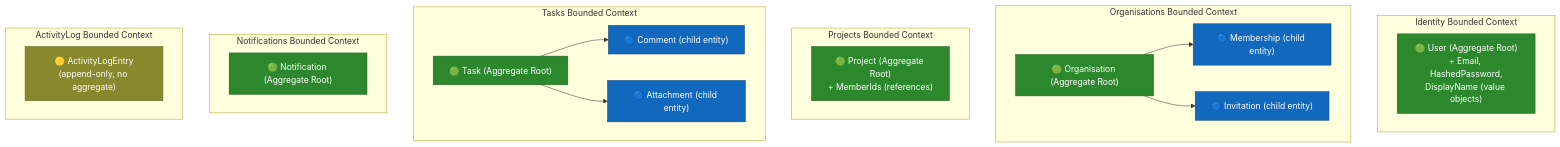
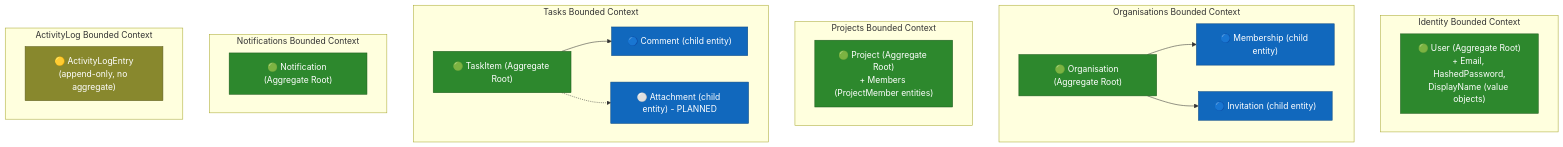
The ninth of 12 diagrams in docs/architecture-diagrams.md (mistuhk/FlowBoard), drawn with Mermaid before and after one commit. The commit also changed other lines of this file and 3 other files, not shown here.

````diff
--- a/docs/architecture-diagrams.md
+++ b/docs/architecture-diagrams.md
@@ -490,45 +494,45 @@
 ```mermaid
 graph TB
     subgraph identity_bc[Identity Bounded Context]
         user_agg["🟢 User (Aggregate Root)<br/>+ Email, HashedPassword,<br/>DisplayName (value objects)"]
     end
 
     subgraph orgs_bc[Organisations Bounded Context]
         org_agg["🟢 Organisation (Aggregate Root)"]
         membership["🔵 Membership (child entity)"]
         invitation["🔵 Invitation (child entity)"]
         org_agg --> membership
         org_agg --> invitation
     end
 
     subgraph projects_bc[Projects Bounded Context]
-        project_agg["🟢 Project (Aggregate Root)<br/>+ MemberIds (references)"]
+        project_agg["🟢 Project (Aggregate Root)<br/>+ Members (ProjectMember entities)"]
     end
 
     subgraph tasks_bc[Tasks Bounded Context]
-        task_agg["🟢 Task (Aggregate Root)"]
+        task_agg["🟢 TaskItem (Aggregate Root)"]
         comment["🔵 Comment (child entity)"]
-        attachment["🔵 Attachment (child entity)"]
+        attachment["⚪ Attachment (child entity) - PLANNED"]
         task_agg --> comment
-        task_agg --> attachment
+        task_agg -.-> attachment
     end
 
     subgraph notif_bc[Notifications Bounded Context]
         notif_agg["🟢 Notification (Aggregate Root)"]
     end
 
     subgraph activity_bc[ActivityLog Bounded Context]
         activity_entry["🟡 ActivityLogEntry<br/>(append-only, no aggregate)"]
     end
 
     style user_agg fill:#2d882d,stroke:#1d5c1d,color:#fff
     style org_agg fill:#2d882d,stroke:#1d5c1d,color:#fff
     style project_agg fill:#2d882d,stroke:#1d5c1d,color:#fff
     style task_agg fill:#2d882d,stroke:#1d5c1d,color:#fff
     style notif_agg fill:#2d882d,stroke:#1d5c1d,color:#fff
     style membership fill:#1168bd,stroke:#0b4884,color:#fff
     style invitation fill:#1168bd,stroke:#0b4884,color:#fff
     style comment fill:#1168bd,stroke:#0b4884,color:#fff
     style attachment fill:#1168bd,stroke:#0b4884,color:#fff
     style activity_entry fill:#88882d,stroke:#5c5c1d,color:#fff
 ```
````
